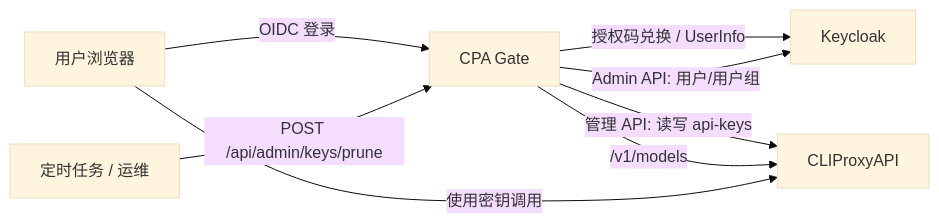
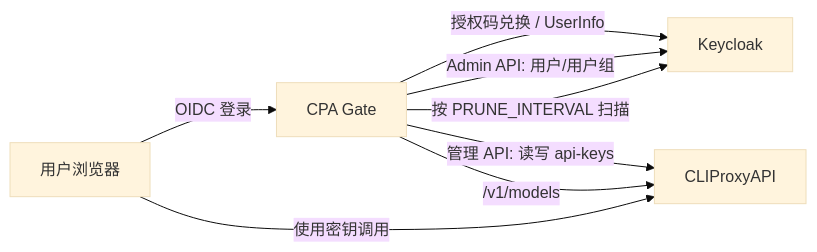
The first of 2 diagrams in SPECS.md (yanranxiaoxi/cpa-gate), drawn with Mermaid (base theme) before and after one commit. The commit also changed other lines of this file and 8 other files, not shown here.

````diff
--- a/SPECS.md
+++ b/SPECS.md
@@ -198,10 +198,10 @@
 ```mermaid
 flowchart LR
     U[用户浏览器] -->|OIDC 登录| G[CPA Gate]
     G -->|授权码兑换 / UserInfo| K[Keycloak]
     G -->|Admin API: 用户/用户组| K
     G -->|管理 API: 读写 api-keys| C[CLIProxyAPI]
     G -->|/v1/models| C
     U -->|使用密钥调用| C
-    A[定时任务 / 运维] -->|POST /api/admin/keys/prune| G
+    G -->|按 PRUNE_INTERVAL 扫描| K
 ```
````
